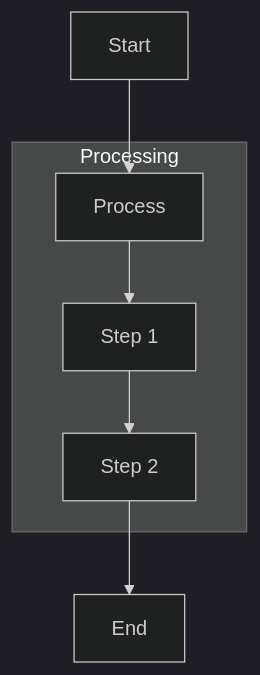
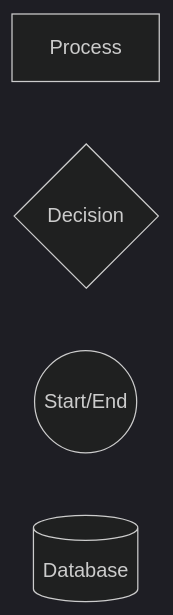
One commit to narumiruna/agent-skills changed the second of 2 diagrams in skills/creating-mermaid-diagrams/references/flowchart.md. Above: the diagram before and after it, drawn with Mermaid (dark theme). The commit also changed other lines of this file and 92 other files, not shown here.

````diff
--- a/skills/creating-mermaid-diagrams/references/flowchart.md
+++ b/skills/creating-mermaid-diagrams/references/flowchart.md
@@ -86,11 +27,7 @@
 ```mermaid
-flowchart TD
-    A[Start] --> B[Process]
-
-    subgraph Processing
-        B --> C[Step 1]
-        C --> D[Step 2]
-    end
-
-    D --> E[End]
+flowchart LR
+    A[Process]
+    B{Decision}
+    C((Start/End))
+    D[(Database)]
 ```
````
